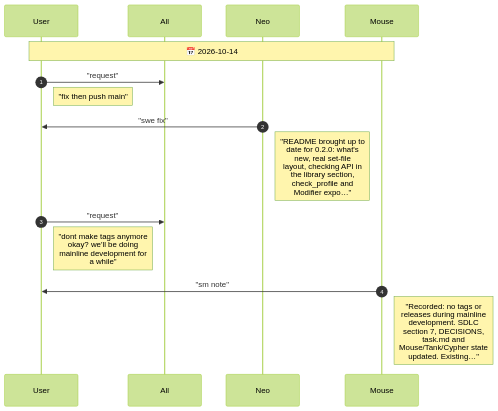
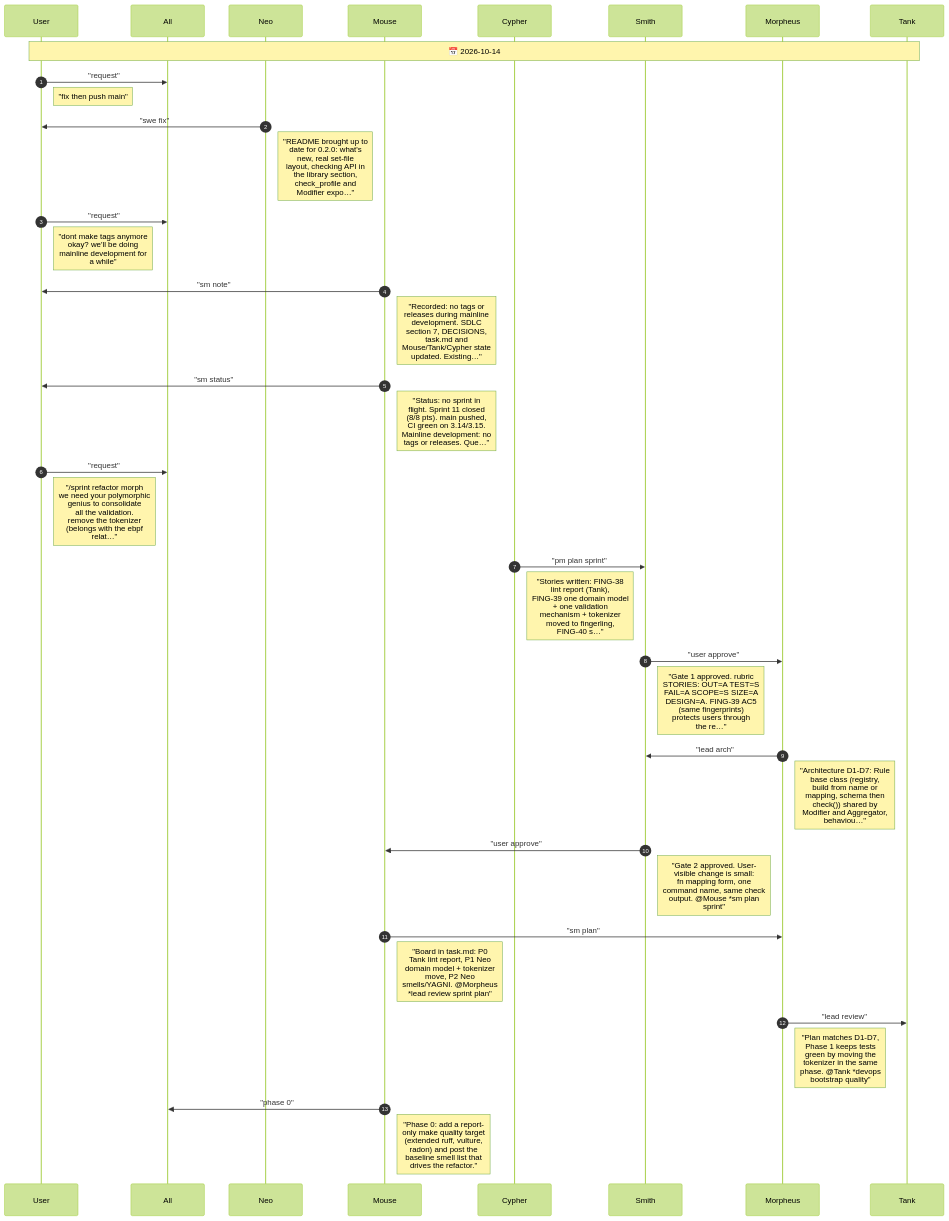
One commit to drusifer/fingerling changed the diagram in agents/CHAT.diagram.md. Above: the diagram before and after it, drawn with Mermaid (forest theme). The commit also changed 7 other files, not shown here.

First line of the commit message:
build: add a report-only make quality target

````diff
--- a/agents/CHAT.diagram.md
+++ b/agents/CHAT.diagram.md
@@ -5,18 +5,40 @@
 ```mermaid
 %%{init: {"sequence": {"messageFontSize": 14, "noteFontSize": 18, "actorFontSize": 14}}}%%
 sequenceDiagram
     autonumber
     participant User
     participant All
     participant Neo
     participant Mouse
-    Note over User,Mouse: 📅 2026-10-14
+    participant Cypher
+    participant Smith
+    participant Morpheus
+    participant Tank
+    Note over User,Tank: 📅 2026-10-14
     User->>All: "request"
     Note right of User: "fix then push main"
     Neo->>User: "swe fix"
     Note right of Neo: "README brought up to<br/>date for 0.2.0: what's<br/>new, real set-file<br/>layout, checking API in<br/>the library section,<br/>check_profile and<br/>Modifier expo…"
     User->>All: "request"
     Note right of User: "dont make tags anymore<br/>okay? we'll be doing<br/>mainline development for<br/>a while"
     Mouse->>User: "sm note"
     Note right of Mouse: "Recorded: no tags or<br/>releases during mainline<br/>development. SDLC<br/>section 7, DECISIONS,<br/>task.md and<br/>Mouse/Tank/Cypher state<br/>updated. Existing…"
+    Mouse->>User: "sm status"
+    Note right of Mouse: "Status: no sprint in<br/>flight. Sprint 11 closed<br/>(8/8 pts). main pushed,<br/>CI green on 3.14/3.15.<br/>Mainline development: no<br/>tags or releases. Que…"
+    User->>All: "request"
+    Note right of User: "/sprint refactor morph<br/>we need your polymorphic<br/>genius to consolidate<br/>all the validation.<br/>remove the tokenizer<br/>(belongs with the ebpf<br/>relat…"
+    Cypher->>Smith: "pm plan sprint"
+    Note right of Cypher: "Stories written: FING-38<br/>lint report (Tank),<br/>FING-39 one domain model<br/>+ one validation<br/>mechanism + tokenizer<br/>moved to fingerling,<br/>FING-40 s…"
+    Smith->>Morpheus: "user approve"
+    Note right of Smith: "Gate 1 approved. rubric<br/>STORIES: OUT=A TEST=S<br/>FAIL=A SCOPE=S SIZE=A<br/>DESIGN=A. FING-39 AC5<br/>(same fingerprints)<br/>protects users through<br/>the re…"
+    Morpheus->>Smith: "lead arch"
+    Note right of Morpheus: "Architecture D1-D7: Rule<br/>base class (registry,<br/>build from name or<br/>mapping, schema then<br/>check()) shared by<br/>Modifier and Aggregator,<br/>behaviou…"
+    Smith->>Mouse: "user approve"
+    Note right of Smith: "Gate 2 approved. User-<br/>visible change is small:<br/>fn mapping form, one<br/>command name, same check<br/>output. @Mouse *sm plan<br/>sprint"
+    Mouse->>Morpheus: "sm plan"
+    Note right of Mouse: "Board in task.md: P0<br/>Tank lint report, P1 Neo<br/>domain model + tokenizer<br/>move, P2 Neo<br/>smells/YAGNI. @Morpheus<br/>*lead review sprint plan"
+    Morpheus->>Tank: "lead review"
+    Note right of Morpheus: "Plan matches D1-D7,<br/>Phase 1 keeps tests<br/>green by moving the<br/>tokenizer in the same<br/>phase. @Tank *devops<br/>bootstrap quality"
+    Mouse->>All: "phase 0"
+    Note right of Mouse: "Phase 0: add a report-<br/>only make quality target<br/>(extended ruff, vulture,<br/>radon) and post the<br/>baseline smell list that<br/>drives the refactor."
 ```
````
